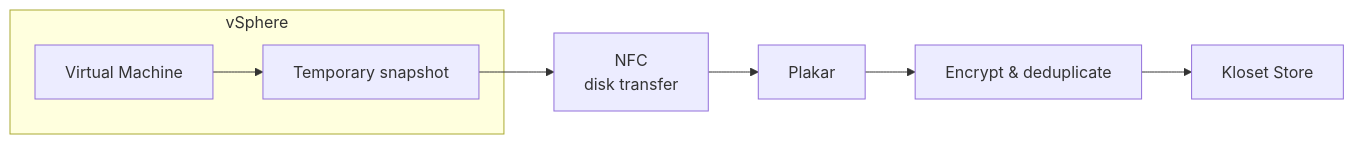
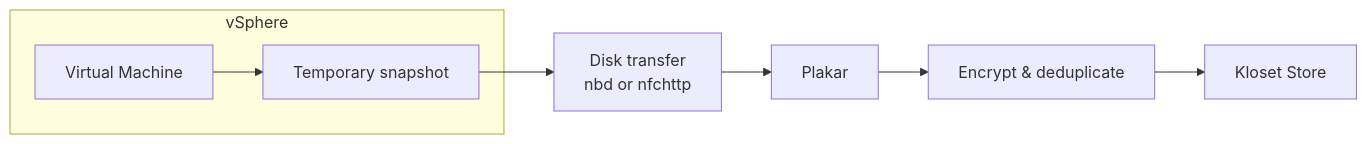
One commit to PlakarKorp/plakar.io changed the first of 2 diagrams in content/docs/community/main/integrations/vmware.md. Above: the diagram before and after it, drawn with Mermaid. The commit also changed 2 other files, not shown here.

Commit message:
be more clear on the tranfer layer

```diff
--- a/content/docs/community/main/integrations/vmware.md
+++ b/content/docs/community/main/integrations/vmware.md
@@ -136,19 +136,19 @@
 {{< mermaid >}}
 flowchart LR
 
 subgraph Source["vSphere"]
   VM["Virtual Machine"]
   Snap["Temporary snapshot"]
   VM --> Snap
 end
 
-Via["NFC<br/>disk transfer"]
+Via["Disk transfer<br/>nbd or nfchttp"]
 
 Plakar["Plakar"]
 
 Transform["Encrypt & deduplicate"]
 
 Store["Kloset Store"]
 
 Snap --> Via --> Plakar --> Transform --> Store
 {{< /mermaid >}}
```
